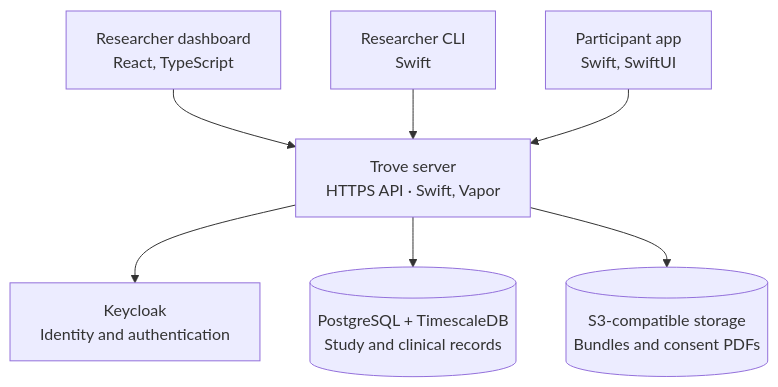
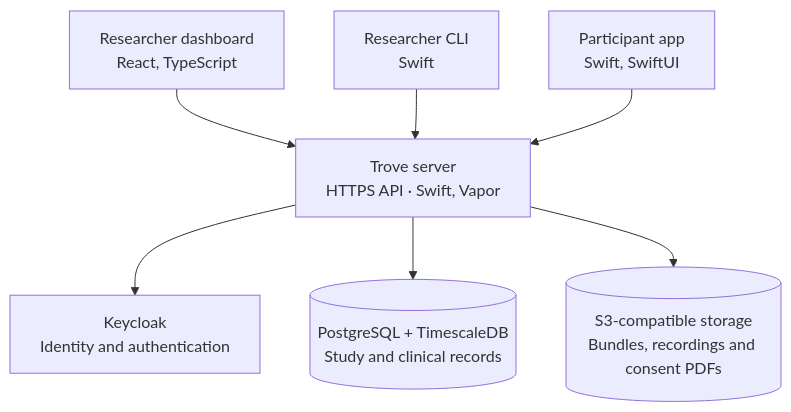
The diagram in README.md (SchmiedmayerLab/Trove), drawn with Mermaid before and after one commit. The commit also changed other lines of this file and 16 other files, not shown here.

````diff
--- a/README.md
+++ b/README.md
@@ -63,12 +66,12 @@
 ```mermaid
 flowchart TB
     accTitle: Trove Components
     accDescr: The researcher dashboard, Swift CLI and participant app send requests to the Trove server. The server validates identity with Keycloak and stores data in PostgreSQL with TimescaleDB and S3-compatible storage.
     W["Researcher dashboard<br/>React, TypeScript"] --> S
     C["Researcher CLI<br/>Swift"] --> S
     I["Participant app<br/>Swift, SwiftUI"] --> S
     S["Trove server<br/>HTTPS API · Swift, Vapor"]
     S --> K["Keycloak<br/>Identity and authentication"]
     S --> PG[("PostgreSQL + TimescaleDB<br/>Study and clinical records")]
-    S --> OS[("S3-compatible storage<br/>Bundles and consent PDFs")]
+    S --> OS[("S3-compatible storage<br/>Bundles, recordings and consent PDFs")]
 ```
````
